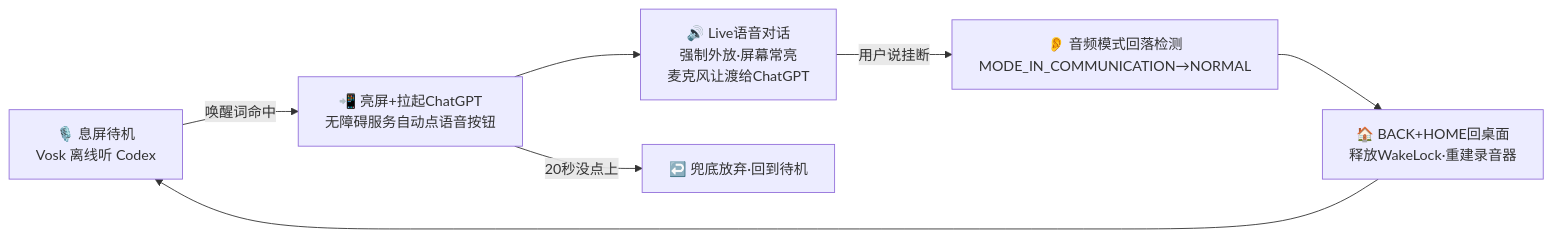
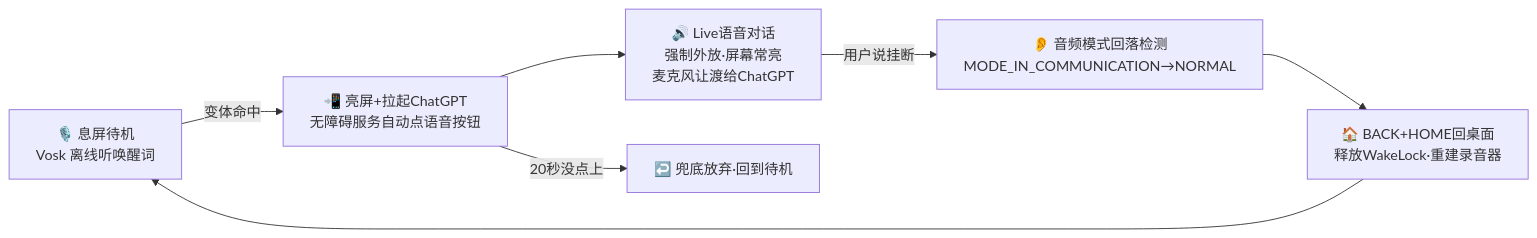
One commit to piginzoo/codex-smart-speaker changed the diagram in README.md. Above: the diagram before and after it, drawn with Mermaid. The commit also changed other lines of this file, not shown here.

````diff
--- a/README.md
+++ b/README.md
@@ -44,9 +44,9 @@
 ```mermaid
 flowchart LR
-    A[🎙️ 息屏待机<br/>Vosk 离线听 Codex] -->|唤醒词命中| B[📲 亮屏+拉起ChatGPT<br/>无障碍服务自动点语音按钮]
+    A[🎙️ 息屏待机<br/>Vosk 离线听唤醒词] -->|变体命中| B[📲 亮屏+拉起ChatGPT<br/>无障碍服务自动点语音按钮]
     B --> C[🔊 Live语音对话<br/>强制外放·屏幕常亮<br/>麦克风让渡给ChatGPT]
     C -->|用户说挂断| D[👂 音频模式回落检测<br/>MODE_IN_COMMUNICATION→NORMAL]
     D --> E[🏠 BACK+HOME回桌面<br/>释放WakeLock·重建录音器]
     E --> A
     B -->|20秒没点上| F[↩️ 兜底放弃·回到待机]
 ```
````
